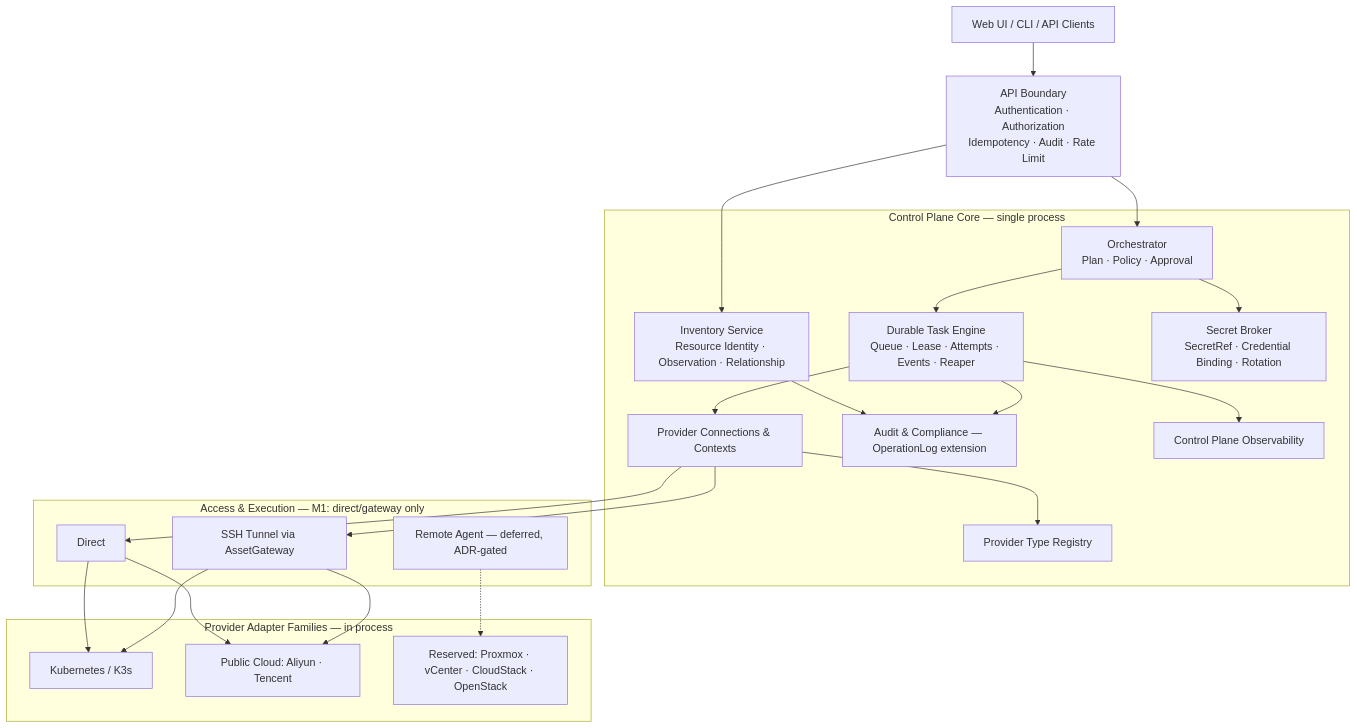
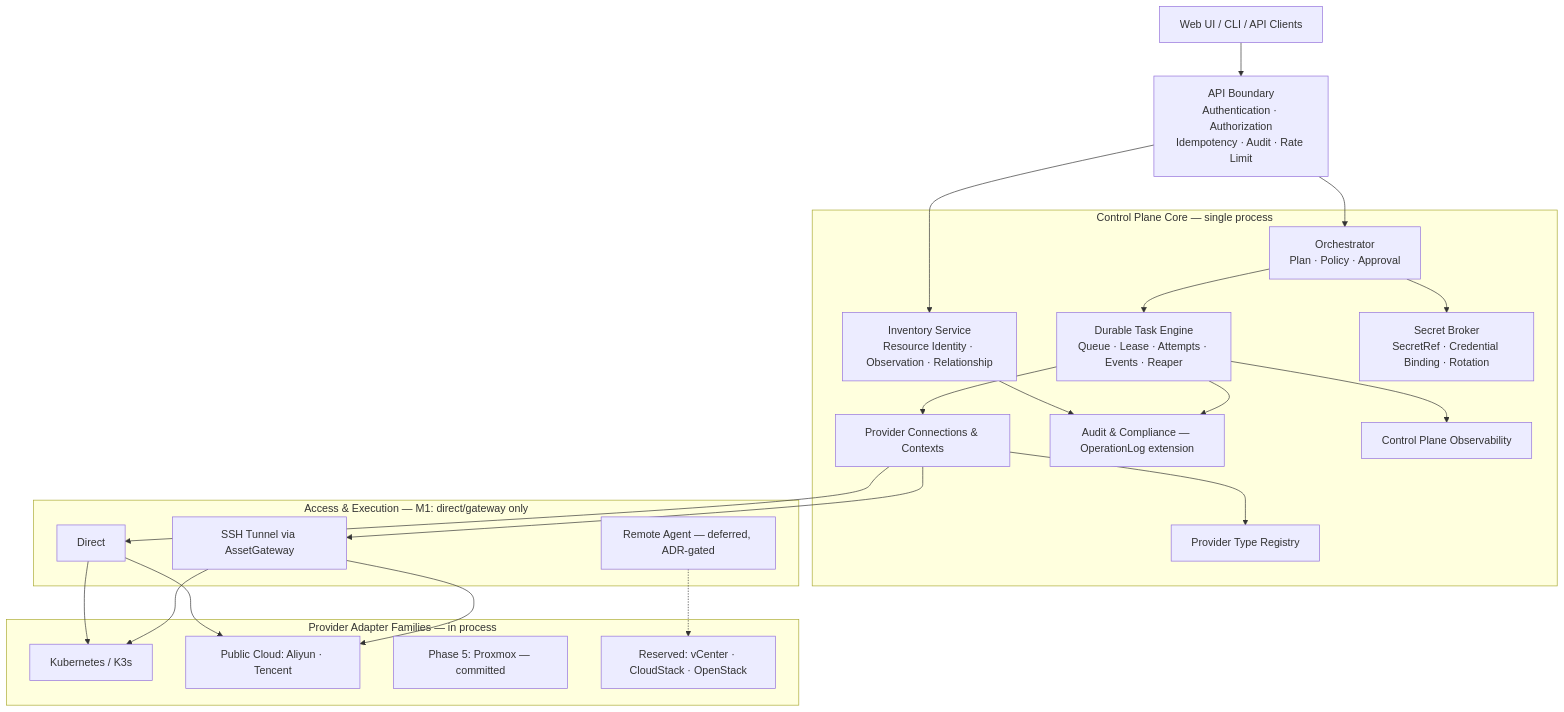
Before and after one commit to acc0mplish/ops-admin: the first of 2 diagrams in docs/architecture/multi-infrastructure-control-plane-v2.md, drawn with Mermaid. The commit also changed other lines of this file, not shown here.

First line of the commit message:
docs(architecture): v2 r2.1 — Proxmox를 Phase 5 확정 승격

````diff
--- a/docs/architecture/multi-infrastructure-control-plane-v2.md
+++ b/docs/architecture/multi-infrastructure-control-plane-v2.md
@@ -548,42 +553,43 @@
 ```mermaid
 flowchart TB
     CLIENT[Web UI / CLI / API Clients]
     API[API Boundary\nAuthentication · Authorization\nIdempotency · Audit · Rate Limit]
 
     subgraph CORE[Control Plane Core — single process]
       PT[Provider Type Registry]
       PC[Provider Connections & Contexts]
       INV[Inventory Service\nResource Identity · Observation · Relationship]
       ORCH[Orchestrator\nPlan · Policy · Approval]
       TASK[Durable Task Engine\nQueue · Lease · Attempts · Events · Reaper]
       SEC[Secret Broker\nSecretRef · Credential Binding · Rotation]
       AUD[Audit & Compliance — OperationLog extension]
       OBS[Control Plane Observability]
     end
 
     subgraph TRANSPORT[Access & Execution — M1: direct/gateway only]
       DIRECT[Direct]
       TUNNEL[SSH Tunnel via AssetGateway]
       AGENT[Remote Agent — deferred, ADR-gated]
     end
 
     subgraph ADAPTERS[Provider Adapter Families — in process]
       K8S[Kubernetes / K3s]
       PUB[Public Cloud: Aliyun · Tencent]
-      RES[Reserved: Proxmox · vCenter · CloudStack · OpenStack]
+      P5[Phase 5: Proxmox — committed]
+      RES[Reserved: vCenter · CloudStack · OpenStack]
     end
 
     CLIENT --> API
     API --> INV
     API --> ORCH
     ORCH --> TASK
     ORCH --> SEC
     TASK --> PC
     PC --> PT
     PC --> DIRECT & TUNNEL
     DIRECT & TUNNEL --> K8S & PUB
     AGENT -.-> RES
     INV --> AUD
     TASK --> AUD
     TASK --> OBS
 ```
````
